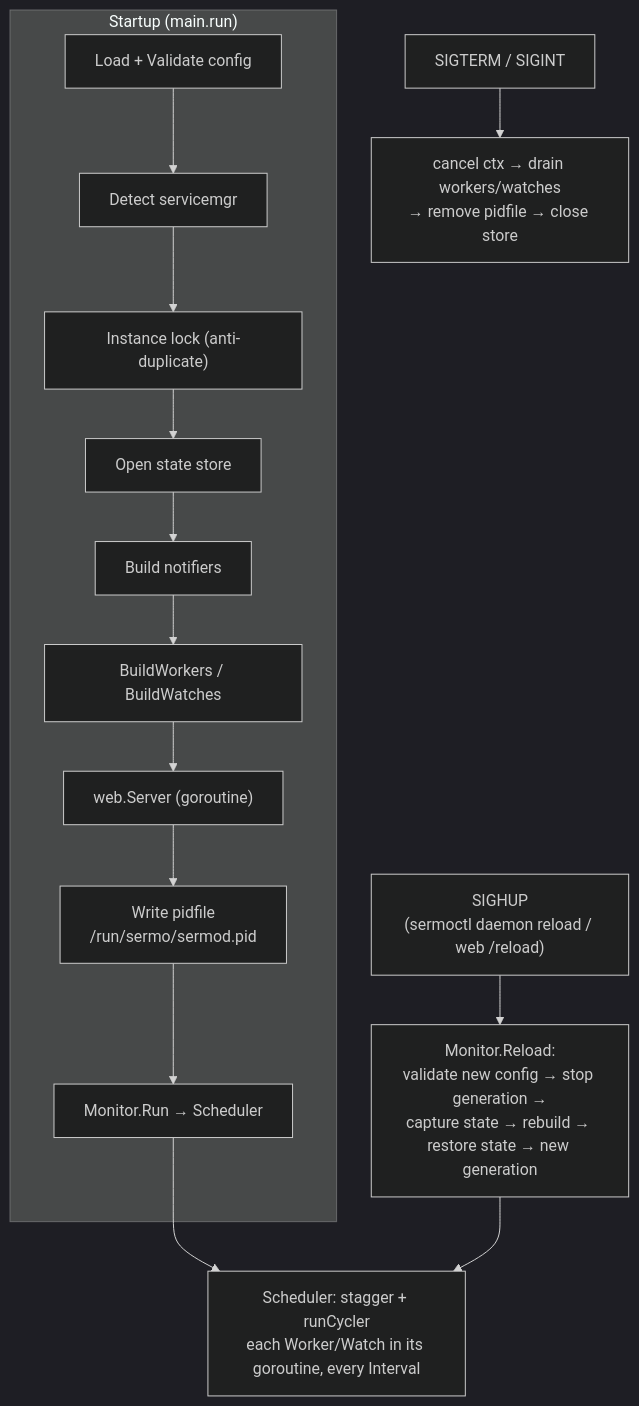
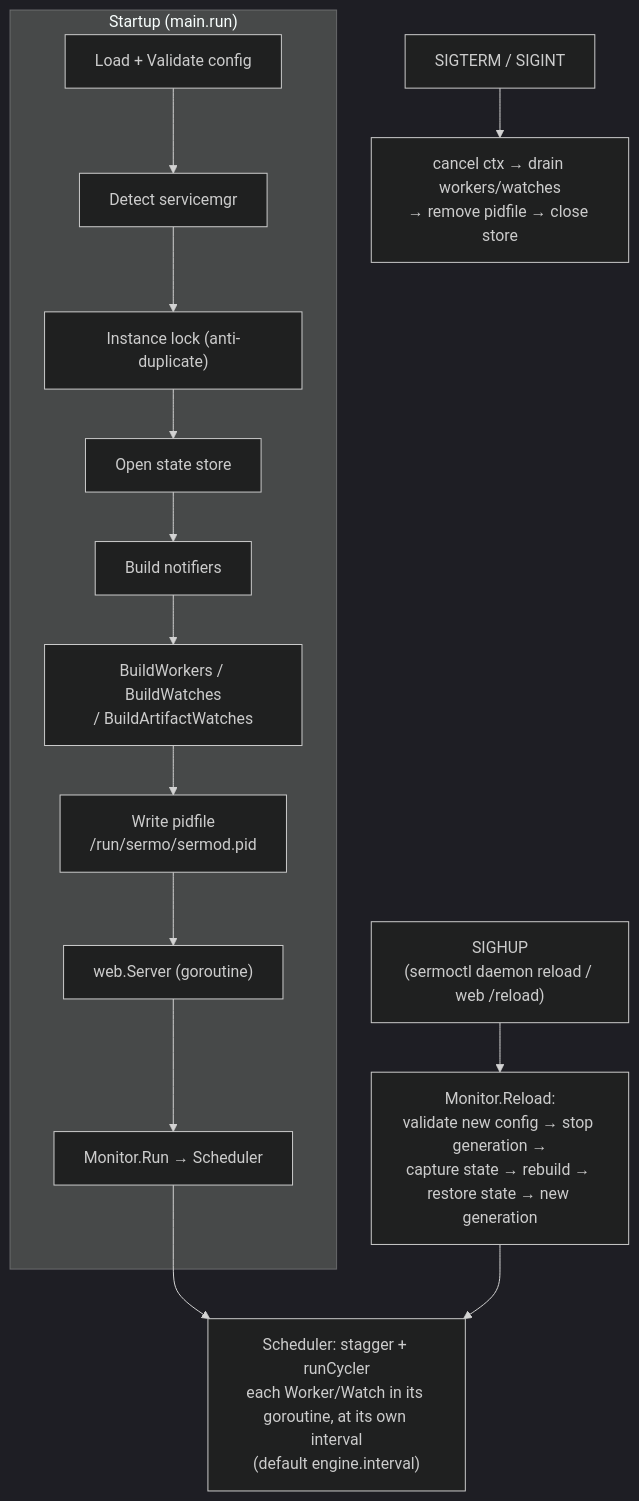
The fifth of 6 diagrams in docs/architecture.md (inode64/Sermo), drawn with Mermaid (dark theme) before and after one commit. The commit also changed other lines of this file and 25 other files, not shown here.

````diff
--- a/docs/architecture.md
+++ b/docs/architecture.md
@@ -236,20 +249,20 @@
 ```mermaid
 flowchart TD
   subgraph boot["Startup (main.run)"]
     A1["Load + Validate config"] --> A2["Detect servicemgr"]
     A2 --> A3["Instance lock (anti-duplicate)"]
     A3 --> A4["Open state store"]
     A4 --> A5["Build notifiers"]
-    A5 --> A6["BuildWorkers / BuildWatches"]
-    A6 --> A7["web.Server (goroutine)"]
-    A7 --> A8["Write pidfile<br/>/run/sermo/sermod.pid"]
+    A5 --> A6["BuildWorkers / BuildWatches<br/>/ BuildArtifactWatches"]
+    A6 --> A7["Write pidfile<br/>/run/sermo/sermod.pid"]
+    A7 --> A8["web.Server (goroutine)"]
     A8 --> A9["Monitor.Run → Scheduler"]
   end
 
-  A9 --> LOOP["Scheduler: stagger + runCycler<br/>each Worker/Watch in its goroutine, every Interval"]
+  A9 --> LOOP["Scheduler: stagger + runCycler<br/>each Worker/Watch in its goroutine, at its own interval<br/>(default engine.interval)"]
 
   SH["SIGHUP<br/>(sermoctl daemon reload / web /reload)"] --> RELOAD["Monitor.Reload:<br/>validate new config → stop generation →<br/>capture state → rebuild → restore state → new generation"]
   RELOAD --> LOOP
 
   STERM["SIGTERM / SIGINT"] --> SHUT["cancel ctx → drain workers/watches<br/>→ remove pidfile → close store"]
 ```
````
